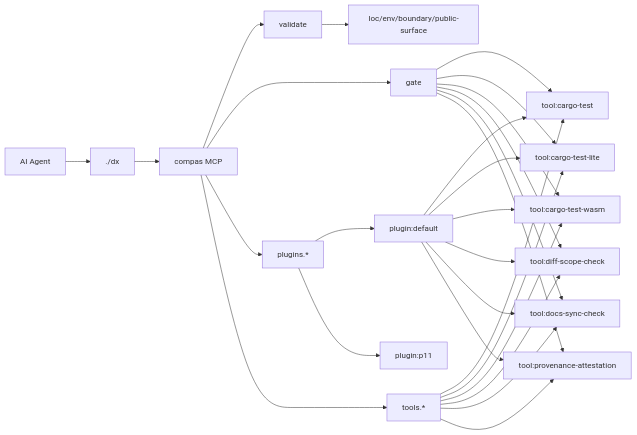
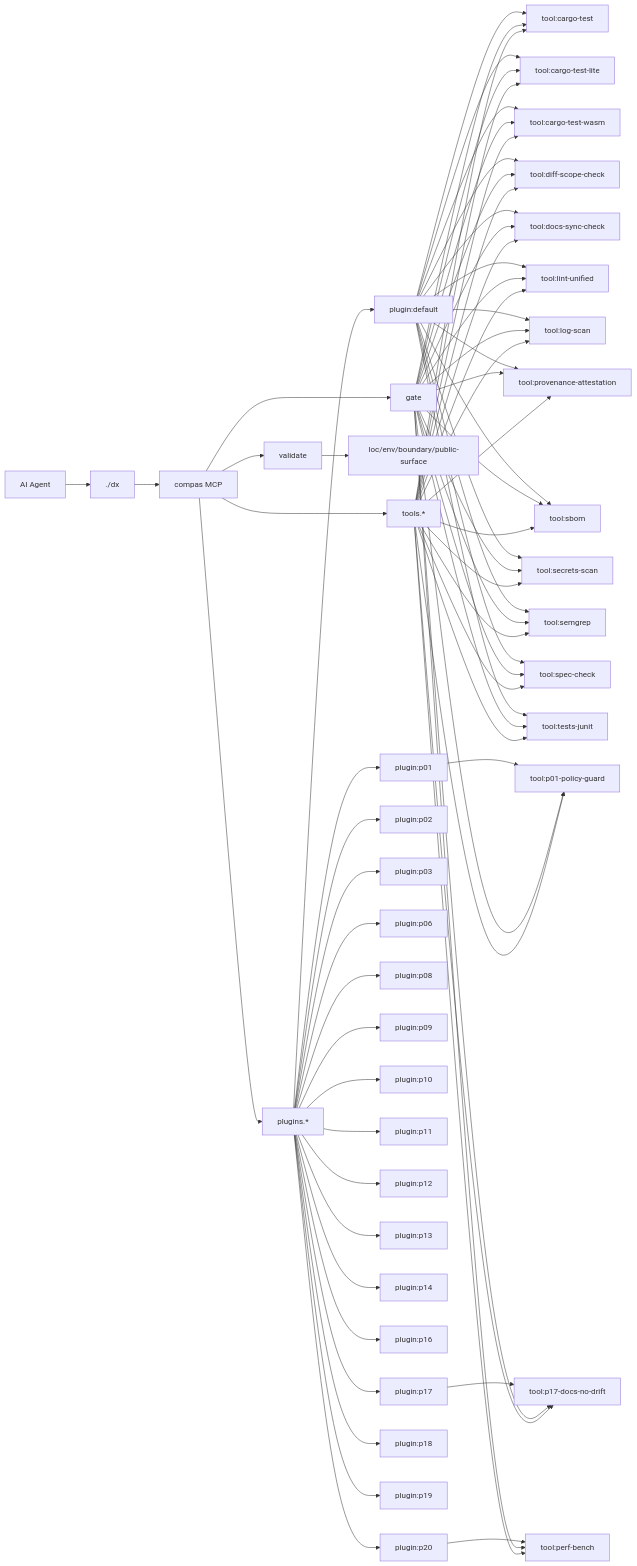
One commit to AmirTlinov/compas changed the diagram in AGENTS.md. Above: the diagram before and after it, drawn with Mermaid. The commit also changed other lines of this file and 3 other files, not shown here.

````diff
--- a/AGENTS.md
+++ b/AGENTS.md
@@ -53,30 +78,75 @@
 ```mermaid
 flowchart LR
   Agent[AI Agent] --> DX[./dx]
   DX --> MCP[compas MCP]
   MCP --> V[validate]
   MCP --> G[gate]
   MCP --> PL[plugins.*]
   MCP --> TL[tools.*]
   V --> C1[loc/env/boundary/public-surface]
   PL --> P_default["plugin:default"]
   P_default --> T_cargo_test["tool:cargo-test"]
   G --> T_cargo_test
   P_default --> T_cargo_test_lite["tool:cargo-test-lite"]
   G --> T_cargo_test_lite
   P_default --> T_cargo_test_wasm["tool:cargo-test-wasm"]
   G --> T_cargo_test_wasm
   P_default --> T_diff_scope_check["tool:diff-scope-check"]
   G --> T_diff_scope_check
   P_default --> T_docs_sync_check["tool:docs-sync-check"]
   G --> T_docs_sync_check
+  P_default --> T_lint_unified["tool:lint-unified"]
+  G --> T_lint_unified
+  P_default --> T_log_scan["tool:log-scan"]
+  G --> T_log_scan
   P_default --> T_provenance_attestation["tool:provenance-attestation"]
   G --> T_provenance_attestation
+  P_default --> T_sbom["tool:sbom"]
+  G --> T_sbom
+  P_default --> T_secrets_scan["tool:secrets-scan"]
+  G --> T_secrets_scan
+  P_default --> T_semgrep["tool:semgrep"]
+  G --> T_semgrep
+  P_default --> T_spec_check["tool:spec-check"]
+  G --> T_spec_check
+  P_default --> T_tests_junit["tool:tests-junit"]
+  G --> T_tests_junit
+  PL --> P_p01["plugin:p01"]
+  P_p01 --> T_p01_policy_guard["tool:p01-policy-guard"]
+  G --> T_p01_policy_guard
+  PL --> P_p02["plugin:p02"]
+  PL --> P_p03["plugin:p03"]
+  PL --> P_p06["plugin:p06"]
+  PL --> P_p08["plugin:p08"]
+  PL --> P_p09["plugin:p09"]
+  PL --> P_p10["plugin:p10"]
   PL --> P_p11["plugin:p11"]
+  PL --> P_p12["plugin:p12"]
+  PL --> P_p13["plugin:p13"]
+  PL --> P_p14["plugin:p14"]
+  PL --> P_p16["plugin:p16"]
+  PL --> P_p17["plugin:p17"]
+  P_p17 --> T_p17_docs_no_drift["tool:p17-docs-no-drift"]
+  G --> T_p17_docs_no_drift
+  PL --> P_p18["plugin:p18"]
+  PL --> P_p19["plugin:p19"]
+  PL --> P_p20["plugin:p20"]
+  P_p20 --> T_perf_bench["tool:perf-bench"]
+  G --> T_perf_bench
   TL --> T_cargo_test
   TL --> T_cargo_test_lite
   TL --> T_cargo_test_wasm
   TL --> T_diff_scope_check
   TL --> T_docs_sync_check
+  TL --> T_lint_unified
+  TL --> T_log_scan
+  TL --> T_p01_policy_guard
+  TL --> T_p17_docs_no_drift
+  TL --> T_perf_bench
   TL --> T_provenance_attestation
+  TL --> T_sbom
+  TL --> T_secrets_scan
+  TL --> T_semgrep
+  TL --> T_spec_check
+  TL --> T_tests_junit
 ```
````
